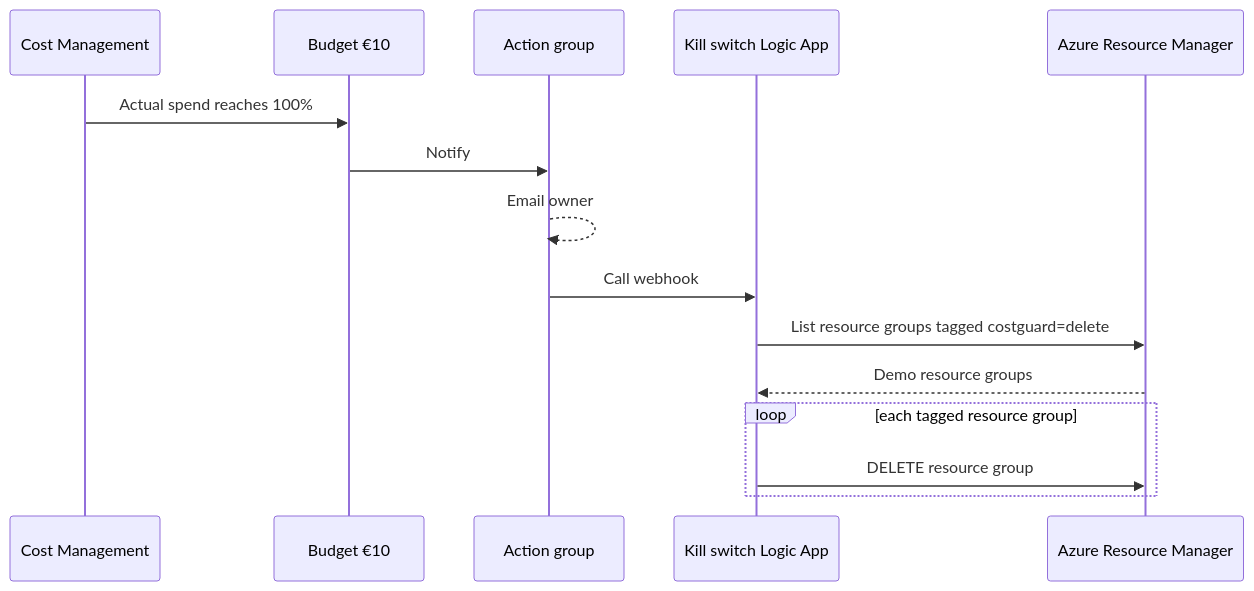
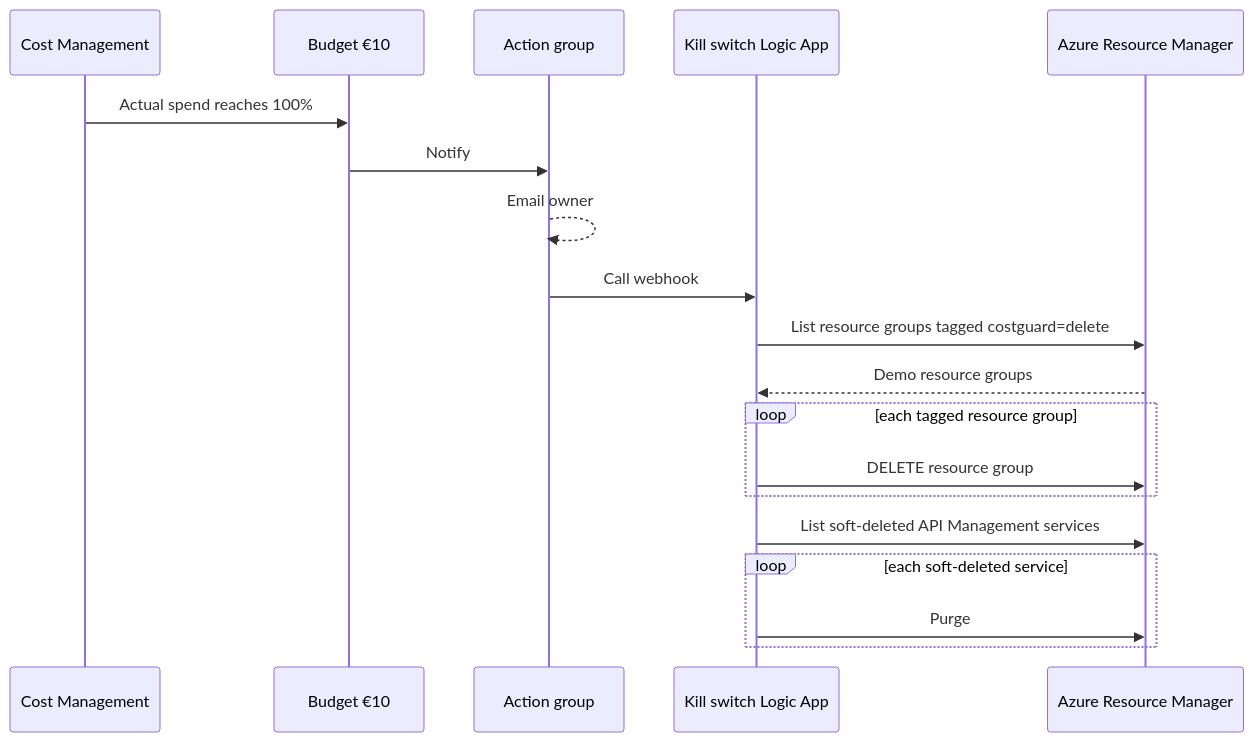
The diagram in guardrails/README.md (azure-intelligence-domain/azure-landing-zone), drawn with Mermaid before and after one commit. The commit also changed other lines of this file and 3 other files, not shown here.

First line of the commit message:
Add the platform building block; kill switch purges API Management

````diff
--- a/guardrails/README.md
+++ b/guardrails/README.md
@@ -14,18 +14,22 @@
 ```mermaid
 sequenceDiagram
     participant CM as Cost Management
     participant B as Budget €10
     participant AG as Action group
     participant LA as Kill switch Logic App
     participant ARM as Azure Resource Manager
 
     CM->>B: Actual spend reaches 100%
     B->>AG: Notify
     AG-->>AG: Email owner
     AG->>LA: Call webhook
     LA->>ARM: List resource groups tagged costguard=delete
     ARM-->>LA: Demo resource groups
     loop each tagged resource group
         LA->>ARM: DELETE resource group
     end
+    LA->>ARM: List soft-deleted API Management services
+    loop each soft-deleted service
+        LA->>ARM: Purge
+    end
 ```
````
